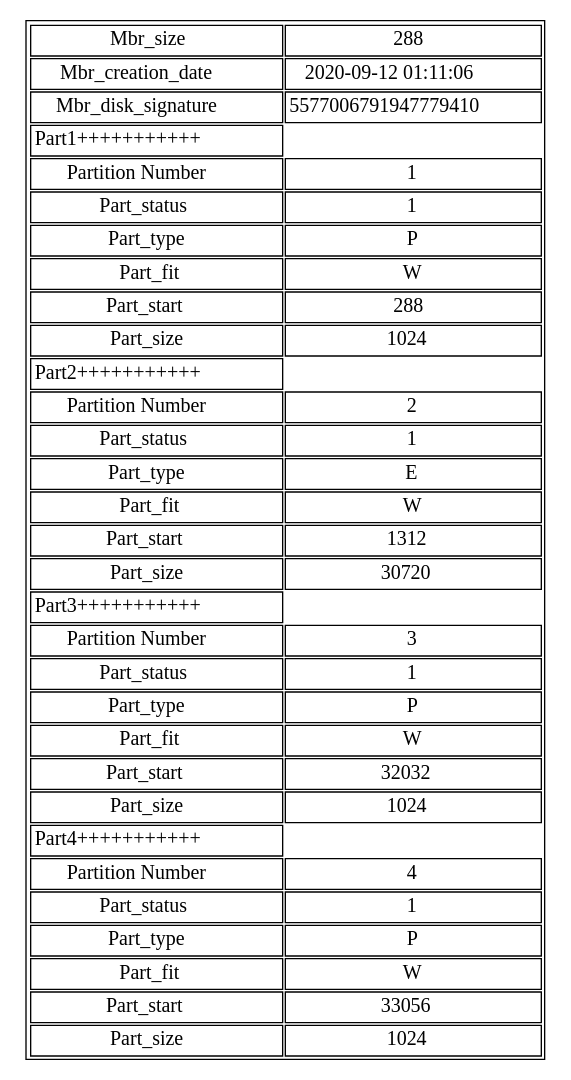
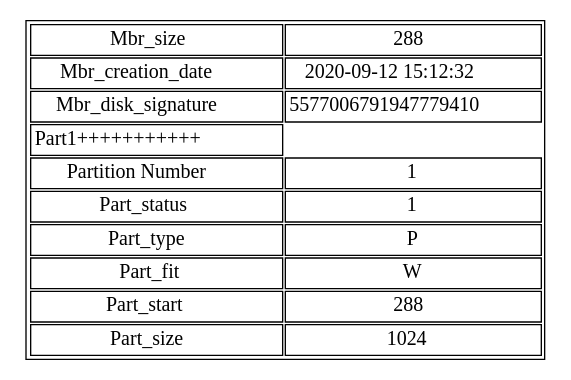
Before and after one commit to elJuanjoRamos/-MIA-Proyecto1_201801262: the diagram in reports/dots/mbr.dot, drawn with Graphviz. The commit also changed 12 other files, not shown here.

```diff
--- a/reports/dots/mbr.dot
+++ b/reports/dots/mbr.dot
@@ -1,1 +1,1 @@
-digraph test { graph [ratio=fill];node [label="Grafica", fontsize=15, shape=plaintext];graph [bb="0,0,352,154"];arset [label=<<TABLE><TR><TD>Mbr_size</TD><TD>288</TD></TR><TR><TD>Mbr_creation_date</TD><TD>2020-09-12 01:11:06</TD></TR><TR><TD>Mbr_disk_signature</TD><TD>5577006791947779410</TD></TR><TR><TD>Part1+++++++++++</TD></TR><TR><TD>Partition Number</TD><TD>1</TD></TR><TR><TD>Part_status</TD><TD>1</TD></TR><TR><TD>Part_type</TD><TD>P</TD></TR><TR><TD>Part_fit</TD><TD>W</TD></TR><TR><TD>Part_start</TD><TD>288</TD></TR><TR><TD>Part_size</TD><TD>1024</TD></TR><TR><TD>Part2+++++++++++</TD></TR><TR><TD>Partition Number</TD><TD>2</TD></TR><TR><TD>Part_status</TD><TD>1</TD></TR><TR><TD>Part_type</TD><TD>E</TD></TR><TR><TD>Part_fit</TD><TD>W</TD></TR><TR><TD>Part_start</TD><TD>1312</TD></TR><TR><TD>Part_size</TD><TD>30720</TD></TR><TR><TD>Part3+++++++++++</TD></TR><TR><TD>Partition Number</TD><TD>3</TD></TR><TR><TD>Part_status</TD><TD>1</TD></TR><TR><TD>Part_type</TD><TD>P</TD></TR><TR><TD>Part_fit</TD><TD>W</TD></TR><TR><TD>Part_start</TD><TD>32032</TD></TR><TR><TD>Part_size</TD><TD>1024</TD></TR><TR><TD>Part4+++++++++++</TD></TR><TR><TD>Partition Number</TD><TD>4</TD></TR><TR><TD>Part_status</TD><TD>1</TD></TR><TR><TD>Part_type</TD><TD>P</TD></TR><TR><TD>Part_fit</TD><TD>W</TD></TR><TR><TD>Part_start</TD><TD>33056</TD></TR><TR><TD>Part_size</TD><TD>1024</TD></TR></TABLE>>, ];}
+digraph test { graph [ratio=fill];node [label="Grafica", fontsize=15, shape=plaintext];graph [bb="0,0,352,154"];arset [label=<<TABLE><TR><TD>Mbr_size</TD><TD>288</TD></TR><TR><TD>Mbr_creation_date</TD><TD>2020-09-12 15:12:32</TD></TR><TR><TD>Mbr_disk_signature</TD><TD>5577006791947779410</TD></TR><TR><TD>Part1+++++++++++</TD></TR><TR><TD>Partition Number</TD><TD>1</TD></TR><TR><TD>Part_status</TD><TD>1</TD></TR><TR><TD>Part_type</TD><TD>P</TD></TR><TR><TD>Part_fit</TD><TD>W</TD></TR><TR><TD>Part_start</TD><TD>288</TD></TR><TR><TD>Part_size</TD><TD>1024</TD></TR></TABLE>>, ];}
```
